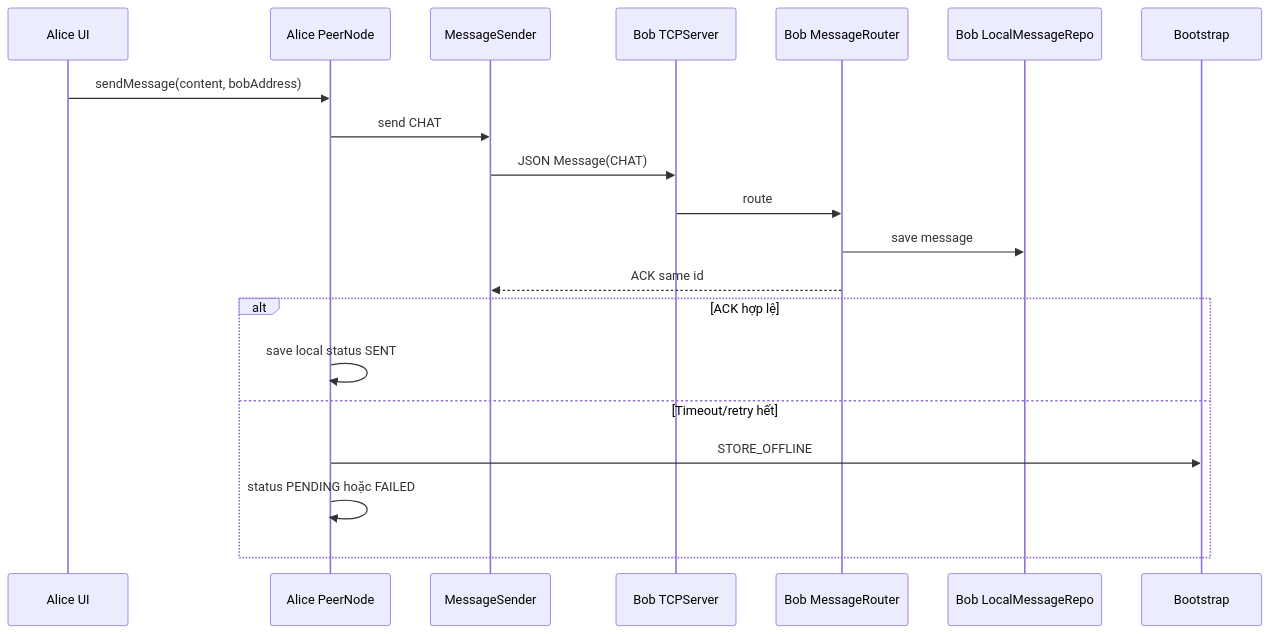
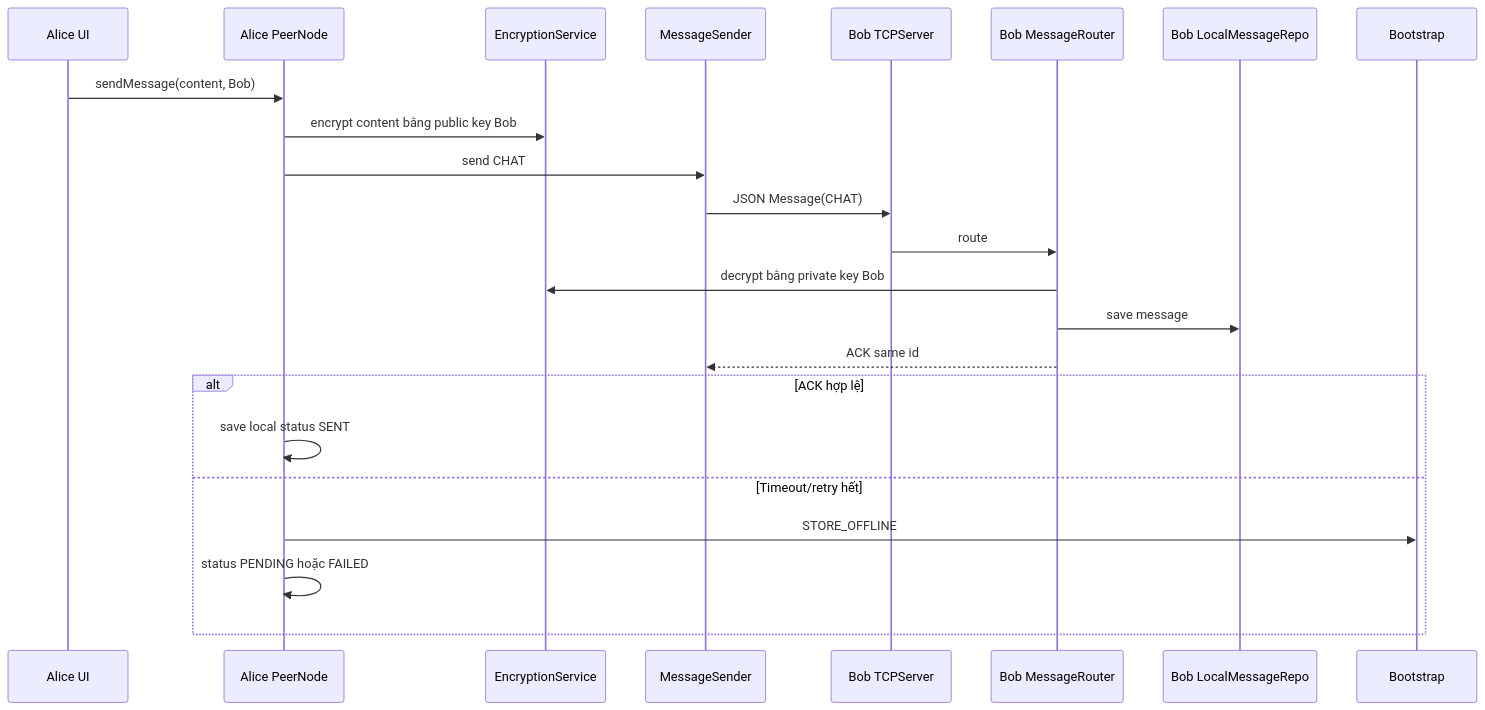
The third of 4 diagrams in docs/nop-bai/02_bao_cao_kien_truc_he_thong.md (dungcony/p2p), drawn with Mermaid before and after one commit. The commit also changed other lines of this file and 14 other files, not shown here.

````diff
--- a/docs/nop-bai/02_bao_cao_kien_truc_he_thong.md
+++ b/docs/nop-bai/02_bao_cao_kien_truc_he_thong.md
@@ -122,23 +163,26 @@
 ```mermaid
 sequenceDiagram
     participant A as Alice UI
     participant AN as Alice PeerNode
+    participant Enc as EncryptionService
     participant AS as MessageSender
     participant BTCP as Bob TCPServer
     participant BR as Bob MessageRouter
     participant BH as Bob LocalMessageRepo
     participant BS as Bootstrap
 
-    A->>AN: sendMessage(content, bobAddress)
+    A->>AN: sendMessage(content, Bob)
+    AN->>Enc: encrypt content bằng public key Bob
     AN->>AS: send CHAT
     AS->>BTCP: JSON Message(CHAT)
     BTCP->>BR: route
+    BR->>Enc: decrypt bằng private key Bob
     BR->>BH: save message
     BR-->>AS: ACK same id
     alt ACK hợp lệ
         AN->>AN: save local status SENT
     else Timeout/retry hết
         AN->>BS: STORE_OFFLINE
         AN->>AN: status PENDING hoặc FAILED
     end
 ```
````
